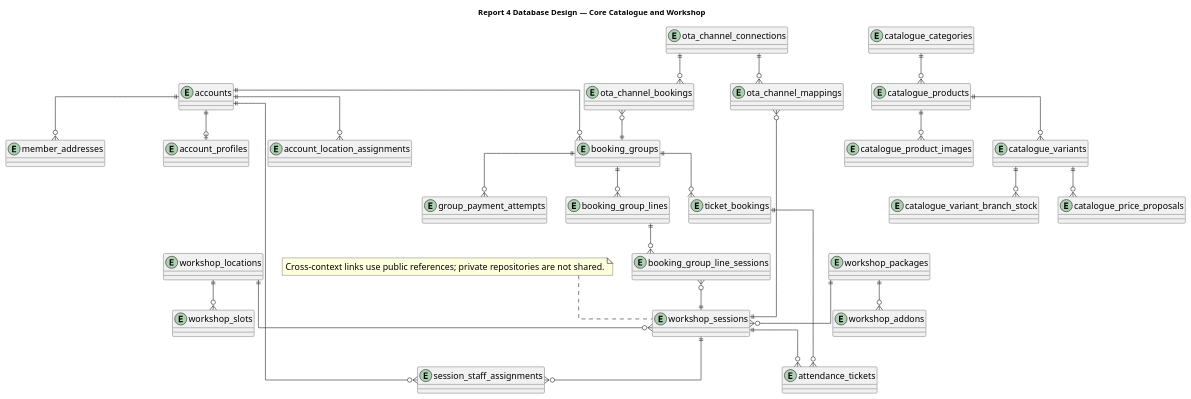
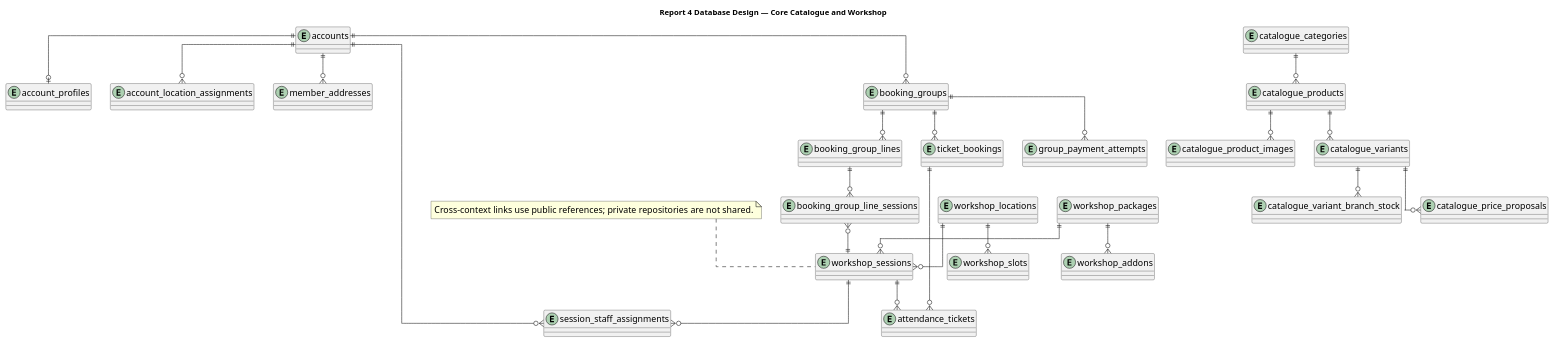
The diagram in documents/docs/report-4-software-design-specification/assets/diagrams/03-0a-db-core-catalogue-workshop.puml (quoc-ca/mland-operations-hub), drawn with PlantUML before and after one commit. The commit also changed 11 other files, not shown here.

First line of the commit message:
docs(report): remove the remaining OTA content and redraw booking swimlane

```diff
--- a/documents/docs/report-4-software-design-specification/assets/diagrams/03-0a-db-core-catalogue-workshop.puml
+++ b/documents/docs/report-4-software-design-specification/assets/diagrams/03-0a-db-core-catalogue-workshop.puml
@@ -1,67 +1,60 @@
 @startuml
 title Report 4 Database Design — Core Catalogue and Workshop
 !pragma charset UTF-8
 top to bottom direction
 skinparam shadowing false
 skinparam linetype ortho
 skinparam defaultFontSize 16
 skinparam nodesep 35
 skinparam ranksep 55
 skinparam entity {
   FontSize 16
   AttributeFontSize 14
 }
 entity accounts
 entity account_profiles
 entity account_location_assignments
 entity member_addresses
 entity catalogue_categories
 entity catalogue_products
 entity catalogue_product_images
 entity catalogue_variants
 entity catalogue_variant_branch_stock
 entity catalogue_price_proposals
 entity workshop_locations
 entity workshop_slots
 entity workshop_sessions
 entity workshop_packages
 entity workshop_addons
 entity session_staff_assignments
 entity attendance_tickets
 entity booking_groups
 entity group_payment_attempts
 entity booking_group_lines
 entity booking_group_line_sessions
 entity ticket_bookings
-entity ota_channel_connections
-entity ota_channel_mappings
-entity ota_channel_bookings
 accounts ||--o| account_profiles
 accounts ||--o{ account_location_assignments
 accounts ||--o{ member_addresses
 catalogue_categories ||--o{ catalogue_products
 catalogue_products ||--o{ catalogue_product_images
 catalogue_products ||--o{ catalogue_variants
 catalogue_variants ||--o{ catalogue_variant_branch_stock
 catalogue_variants ||--o{ catalogue_price_proposals
 workshop_locations ||--o{ workshop_slots
 workshop_locations ||--o{ workshop_sessions
 workshop_packages ||--o{ workshop_sessions
 workshop_packages ||--o{ workshop_addons
 workshop_sessions ||--o{ session_staff_assignments
 accounts ||--o{ session_staff_assignments
 workshop_sessions ||--o{ attendance_tickets
 ticket_bookings ||--o{ attendance_tickets
 accounts ||--o{ booking_groups
 booking_groups ||--o{ group_payment_attempts
 booking_groups ||--o{ booking_group_lines
 booking_group_lines ||--o{ booking_group_line_sessions
 booking_group_line_sessions }o--|| workshop_sessions
 booking_groups ||--o{ ticket_bookings
-ota_channel_connections ||--o{ ota_channel_mappings
-ota_channel_mappings }o--|| workshop_sessions
-ota_channel_connections ||--o{ ota_channel_bookings
-ota_channel_bookings }o--|| booking_groups
 note "Cross-context links use public references; private repositories are not shared." as N1
 N1 .. workshop_sessions
 @enduml
```
